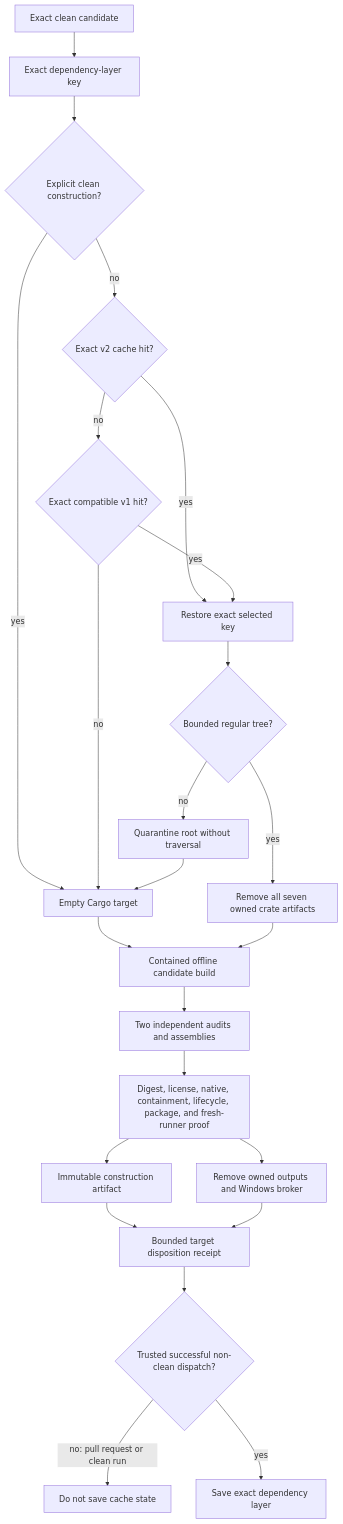
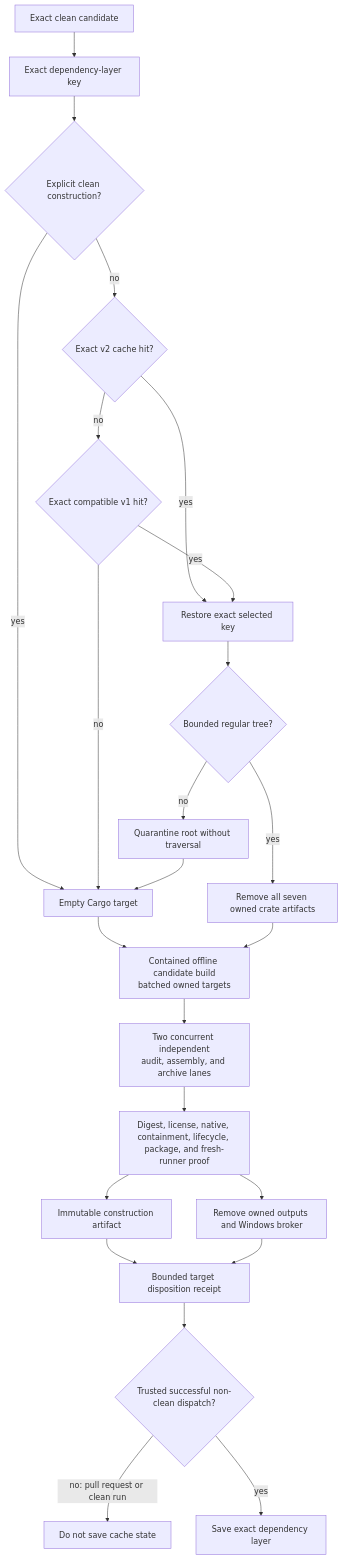
Diagram 20 of 23 in docs/projectatlas-3-architecture.md (styler-ai/ProjectAtlas), drawn with Mermaid before and after one commit. The commit also changed other lines of this file and 3 other files, not shown here.

````diff
--- a/docs/projectatlas-3-architecture.md
+++ b/docs/projectatlas-3-architecture.md
@@ -1835,27 +1838,27 @@
 ```mermaid
 flowchart TB
     Candidate[Exact clean candidate] --> Key[Exact dependency-layer key]
     Dispatch{Explicit clean construction?}
     Key --> Dispatch
     Dispatch -->|yes| Empty[Empty Cargo target]
     Dispatch -->|no| Lookup{Exact v2 cache hit?}
     Lookup -->|yes| Restore[Restore exact selected key]
     Lookup -->|no| Compatible{Exact compatible v1 hit?}
     Compatible -->|yes| Restore
     Compatible -->|no| Empty
     Restore --> Validate{Bounded regular tree?}
     Validate -->|no| Quarantine[Quarantine root without traversal]
     Quarantine --> Empty
     Validate -->|yes| CleanBefore[Remove all seven owned crate artifacts]
     Empty --> Build
-    CleanBefore --> Build[Contained offline candidate build]
-    Build --> Assemble[Two independent audits and assemblies]
+    CleanBefore --> Build[Contained offline candidate build<br/>batched owned targets]
+    Build --> Assemble[Two concurrent independent<br/>audit, assembly, and archive lanes]
     Assemble --> Verify[Digest, license, native, containment, lifecycle, package, and fresh-runner proof]
     Verify --> Publish[Immutable construction artifact]
     Verify --> CleanAfter[Remove owned outputs and Windows broker]
     Publish --> Receipt[Bounded target disposition receipt]
     CleanAfter --> Receipt
     Receipt --> Trust{Trusted successful non-clean dispatch?}
     Trust -->|no: pull request or clean run| NoSave[Do not save cache state]
     Trust -->|yes| Save[Save exact dependency layer]
 ```
````
